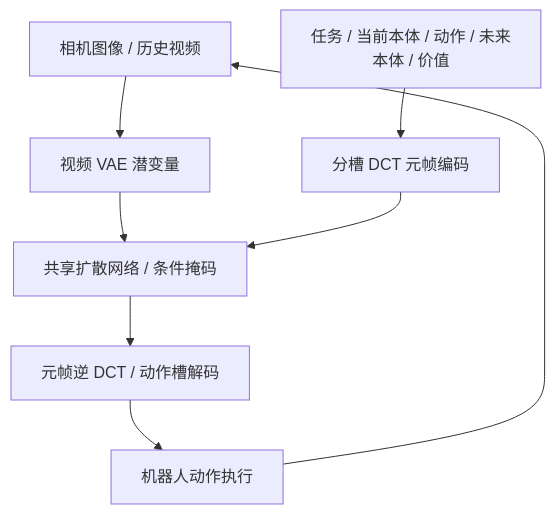
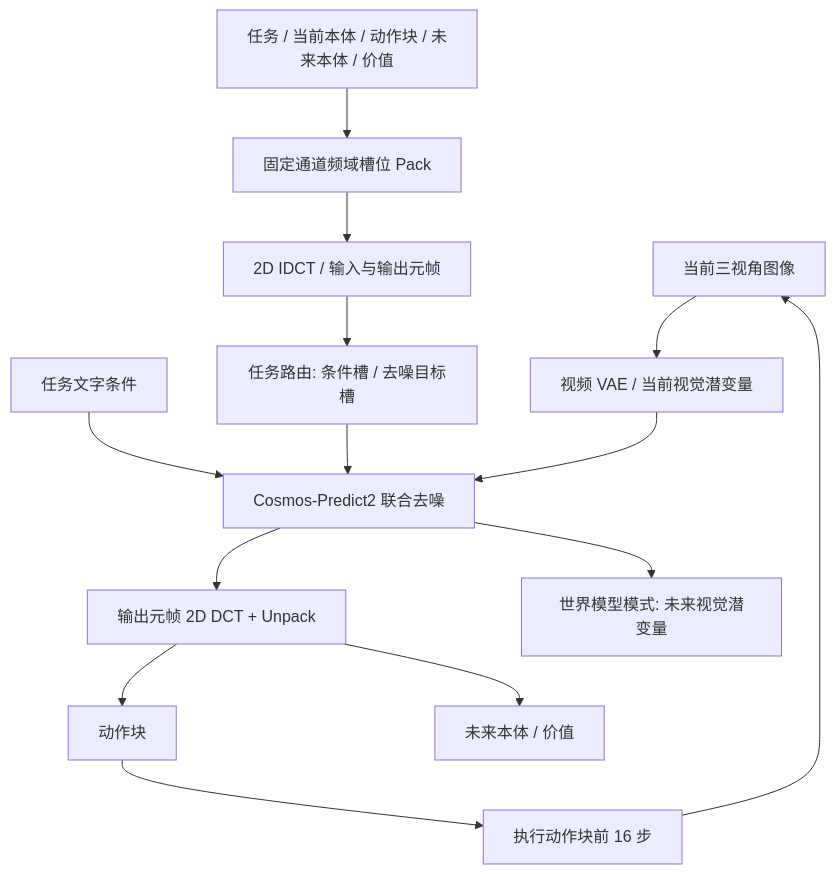
Before and after one commit to ImChong/Robotics_Notebooks: the first of 2 diagrams in wiki/entities/paper-metawam.md, drawn with Mermaid. The commit also changed other lines of this file, not shown here.

````diff
--- a/wiki/entities/paper-metawam.md
+++ b/wiki/entities/paper-metawam.md
@@ -47,10 +55,16 @@
 ```mermaid
 flowchart TD
-  CAM["相机图像 / 历史视频"] --> LAT["视频 VAE 潜变量"]
-  STATE["任务 / 当前本体 / 动作 / 未来本体 / 价值"] --> DCT["分槽 DCT 元帧编码"]
-  LAT --> DIT["共享扩散网络 / 条件掩码"]
-  DCT --> DIT
-  DIT --> READ["元帧逆 DCT / 动作槽解码"]
-  READ --> ROBOT["机器人动作执行"]
-  ROBOT --> CAM
+  IMG["当前三视角图像"] --> VAE["视频 VAE / 当前视觉潜变量"]
+  TEXT["任务文字条件"] --> DENOISE["Cosmos-Predict2 联合去噪"]
+  SIG["任务 / 当前本体 / 动作块 / 未来本体 / 价值"] --> PACK["固定通道频域槽位 Pack"]
+  PACK --> IDCT["2D IDCT / 输入与输出元帧"]
+  IDCT --> MASK["任务路由: 条件槽 / 去噪目标槽"]
+  MASK --> DENOISE
+  VAE --> DENOISE
+  DENOISE --> READ["输出元帧 2D DCT + Unpack"]
+  READ --> ACTION["动作块"]
+  READ --> STATE["未来本体 / 价值"]
+  DENOISE --> FUTURE["世界模型模式: 未来视觉潜变量"]
+  ACTION --> EXEC["执行动作块前 16 步"]
+  EXEC --> IMG
 ```
````
